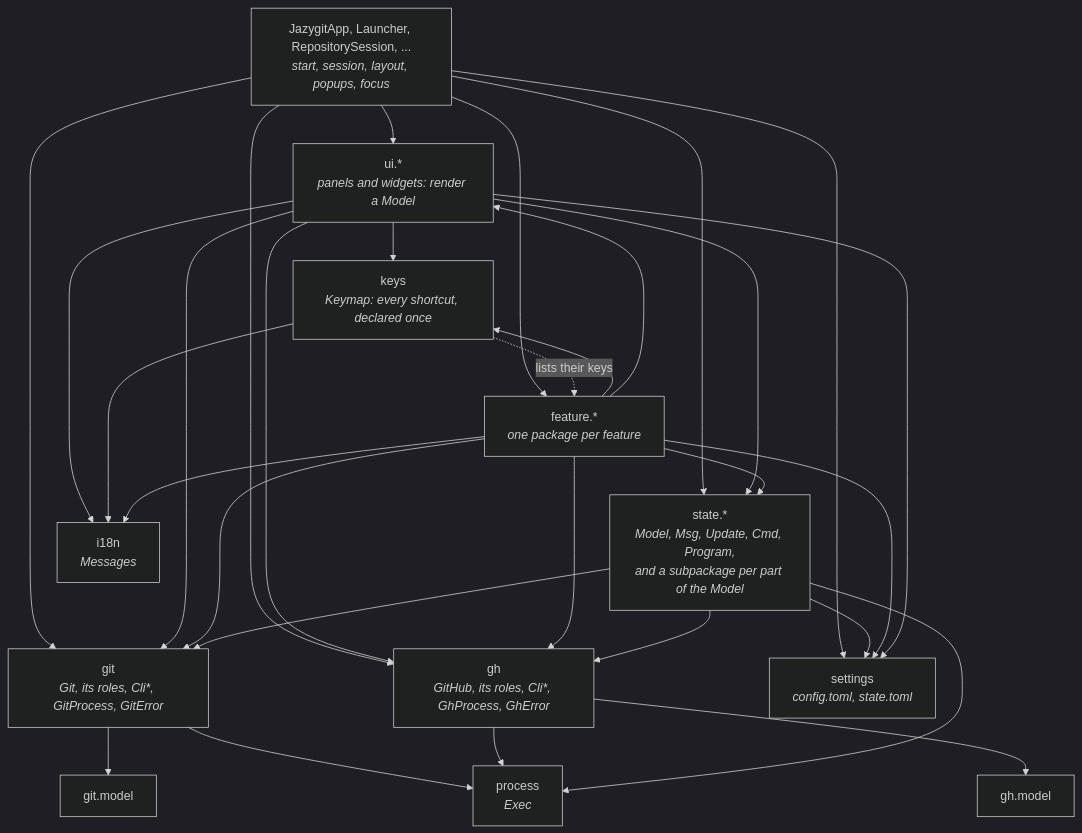
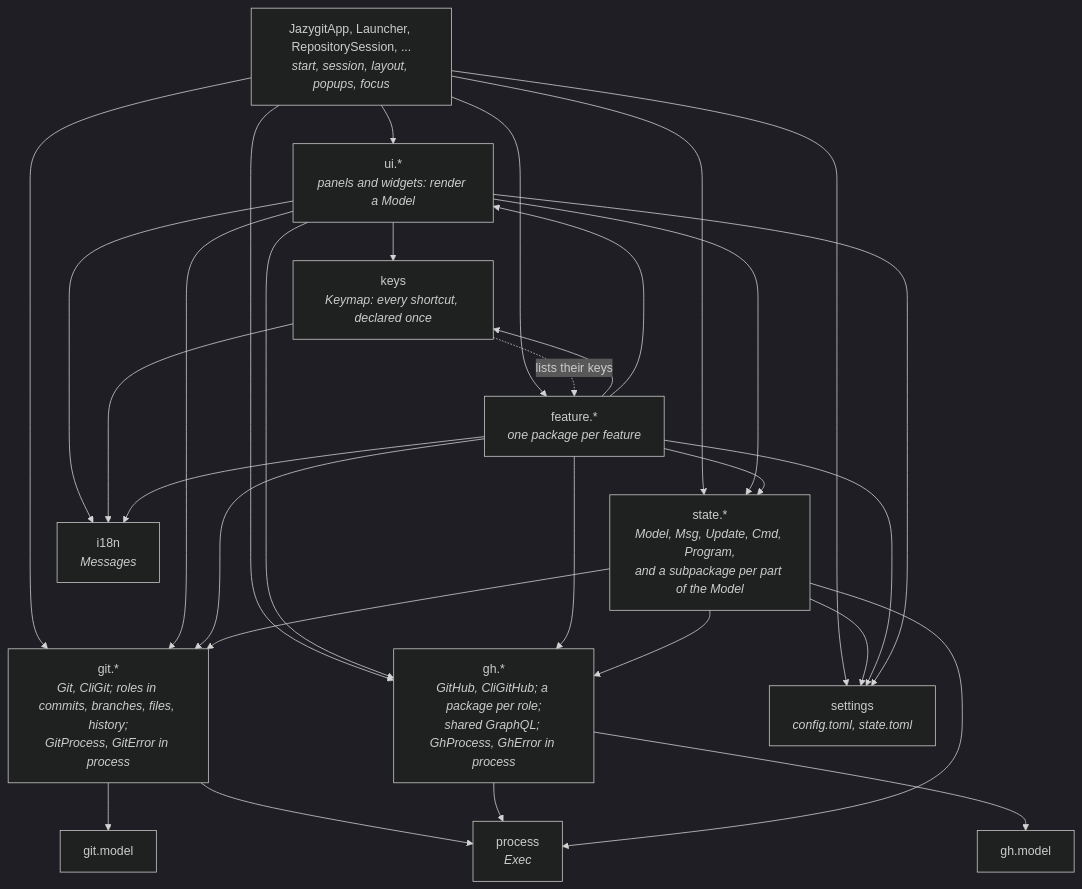
One commit to cvanfleteren/jazygit changed the first of 4 diagrams in ARCHITECTURE.md. Above: the diagram before and after it, drawn with Mermaid (dark theme). The commit also changed other lines of this file and 1 other file, not shown here.

First line of the commit message:
The app may see only the errors, token and HEAD files of git and gh's process packages; ARCHITECTURE.md follows ADR 120

````diff
--- a/ARCHITECTURE.md
+++ b/ARCHITECTURE.md
@@ -39,45 +39,45 @@
 ```mermaid
 graph TD
     App["JazygitApp, Launcher, RepositorySession, ...<br/><i>start, session, layout, popups, focus</i>"]
     UI["ui.*<br/><i>panels and widgets: render a Model</i>"]
     Keys["keys<br/><i>Keymap: every shortcut, declared once</i>"]
     Feature["feature.*<br/><i>one package per feature</i>"]
     State["state.*<br/><i>Model, Msg, Update, Cmd, Program,<br/>and a subpackage per part of the Model</i>"]
-    Git["git<br/><i>Git, its roles, Cli*, GitProcess, GitError</i>"]
+    Git["git.*<br/><i>Git, CliGit; roles in commits, branches, files, history;<br/>GitProcess, GitError in process</i>"]
     GitModel["git.model"]
-    Gh["gh<br/><i>GitHub, its roles, Cli*, GhProcess, GhError</i>"]
+    Gh["gh.*<br/><i>GitHub, CliGitHub; a package per role;<br/>shared GraphQL; GhProcess, GhError in process</i>"]
     GhModel["gh.model"]
     Process["process<br/><i>Exec</i>"]
     I18n["i18n<br/><i>Messages</i>"]
     Settings["settings<br/><i>config.toml, state.toml</i>"]
 
     App --> UI
     App --> State
     App --> Feature
     App --> Git
     App --> Gh
     UI --> Keys
     UI --> State
     UI --> Git
     UI --> Gh
     Keys -. "lists their keys" .-> Feature
     Feature --> Keys
     Feature --> UI
     Feature --> State
     Feature --> Git
     State --> Git
     Git --> GitModel
     Feature --> Gh
     State --> Gh
     Gh --> GhModel
     Git --> Process
     Gh --> Process
     State --> Process
     UI --> I18n
     App --> Settings
     State --> Settings
     Feature --> Settings
     UI --> Settings
     Keys --> I18n
     Feature --> I18n
 ```
````
